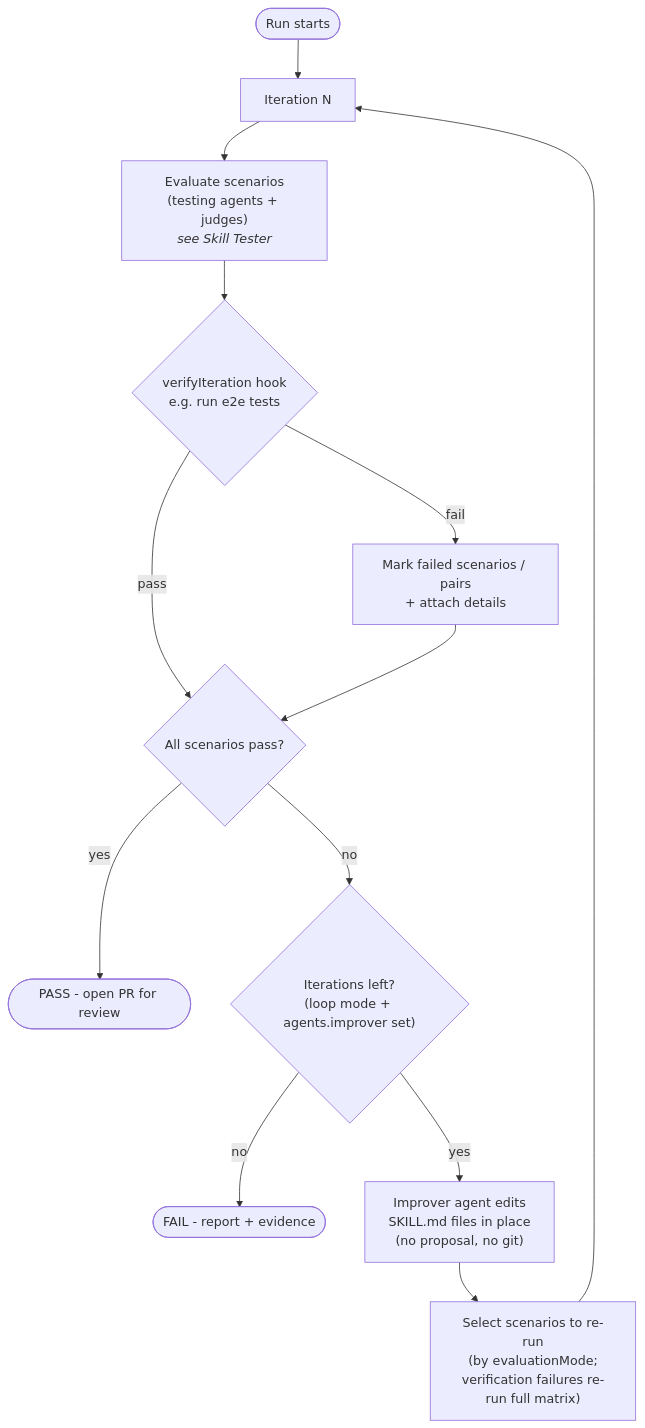
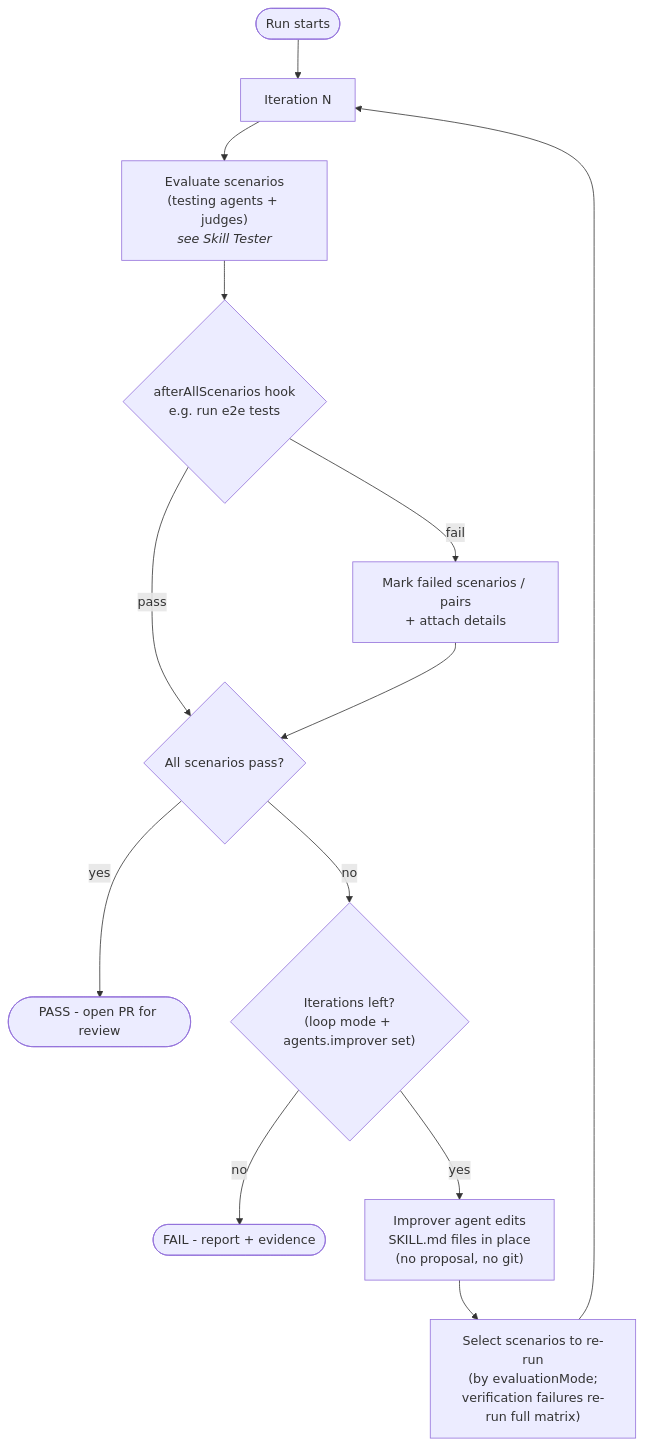
The diagram in assets/self-improvement-loop.mermaid (Automattic/skill-smith), drawn with Mermaid before and after one commit. The commit also changed 13 other files, not shown here.

```diff
--- a/assets/self-improvement-loop.mermaid
+++ b/assets/self-improvement-loop.mermaid
@@ -1,13 +1,13 @@
 flowchart TD
     start([Run starts]) --> iter["Iteration N"]
     iter --> eval["Evaluate scenarios<br/>(testing agents + judges)<br/><i>see Skill Tester</i>"]
-    eval --> verify{"verifyIteration hook<br/>e.g. run e2e tests"}
+    eval --> verify{"afterAllScenarios hook<br/>e.g. run e2e tests"}
     verify -- pass --> allpass{"All scenarios pass?"}
     verify -- fail --> mark["Mark failed scenarios / pairs<br/>+ attach details"]
     mark --> allpass
     allpass -- yes --> done([PASS - open PR for review])
     allpass -- no --> budget{"Iterations left?<br/>(loop mode + agents.improver set)"}
     budget -- no --> fail([FAIL - report + evidence])
     budget -- yes --> improve["Improver agent edits<br/>SKILL.md files in place<br/>(no proposal, no git)"]
     improve --> select["Select scenarios to re-run<br/>(by evaluationMode;<br/>verification failures re-run full matrix)"]
     select --> iter
```
